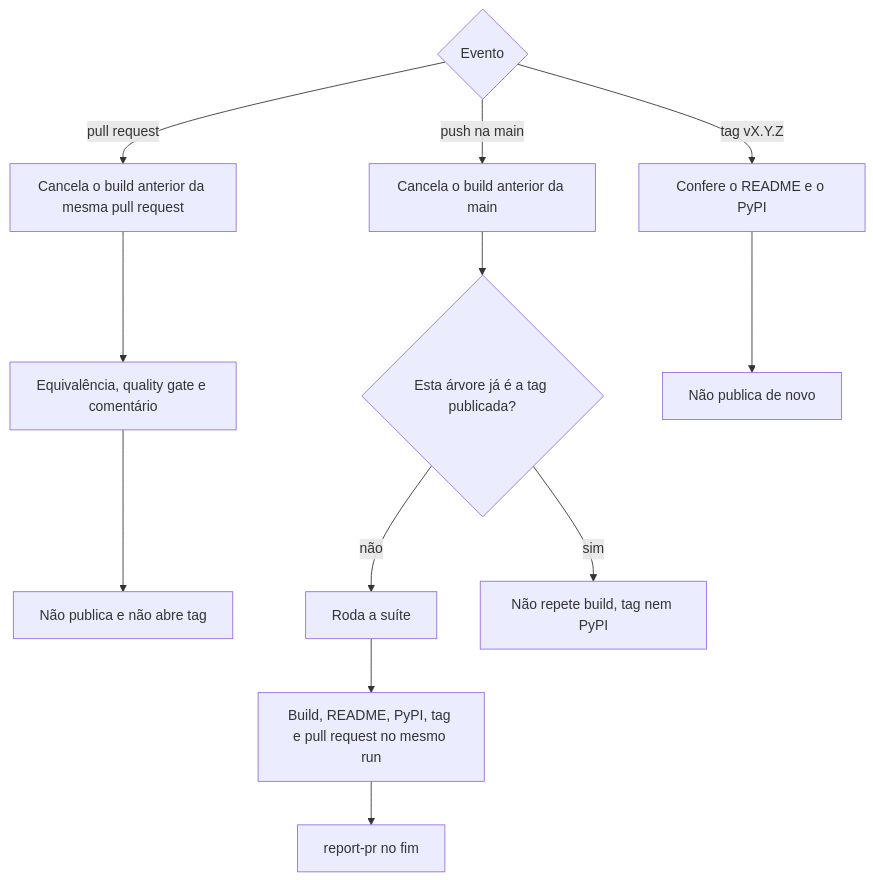
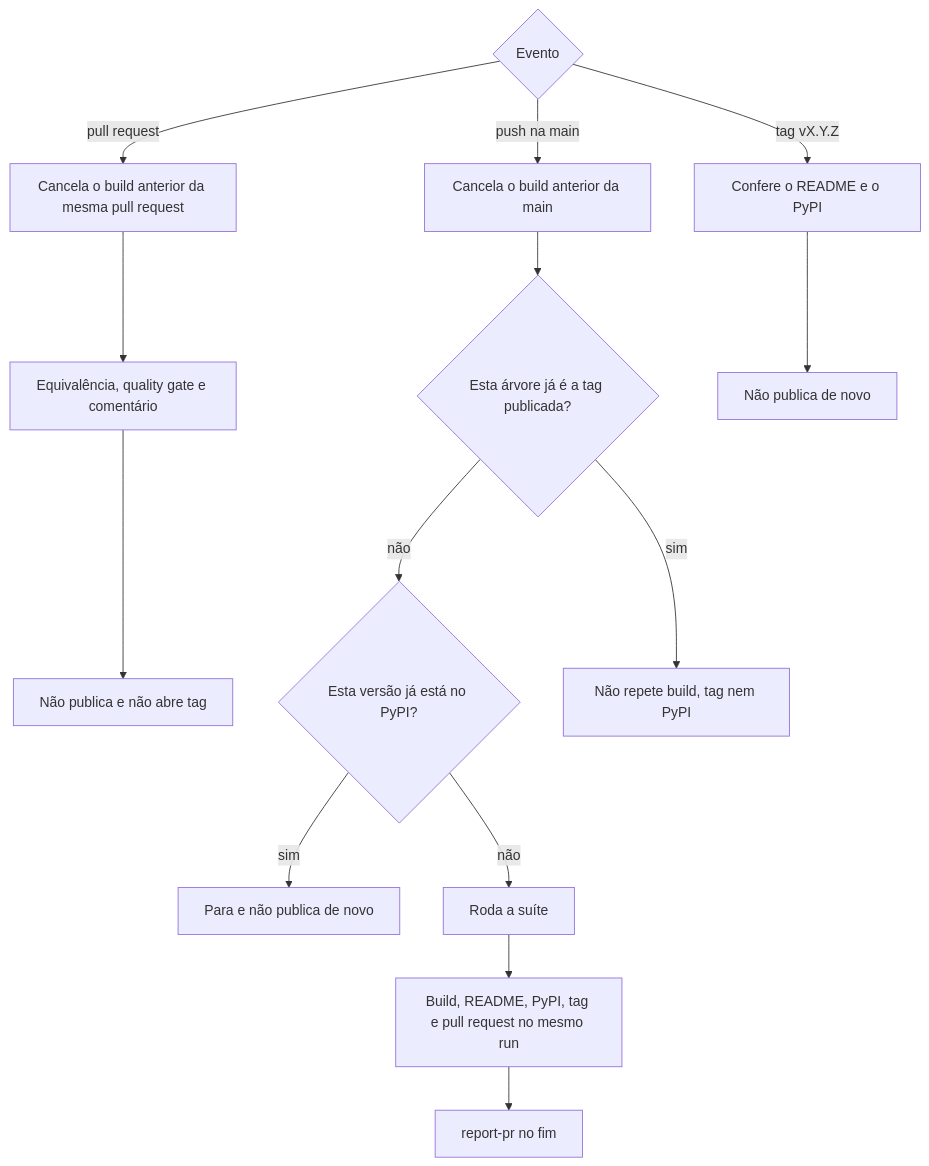
The third of 3 diagrams in docs/publicacao-flow.md (garusocruz/calculadora-rtc-simples-nacional), drawn with Mermaid before and after one commit. The commit also changed other lines of this file and 12 other files, not shown here.

First line of the commit message:
fix: a main publica 0.4.2 e não repete a 0.4.1 (#10)

````diff
--- a/docs/publicacao-flow.md
+++ b/docs/publicacao-flow.md
@@ -59,15 +61,17 @@
 ```mermaid
 flowchart TD
   evento{Evento}
   evento -->|pull request| cancelaPr[Cancela o build anterior da mesma pull request]
   cancelaPr --> ci[Equivalência, quality gate e comentário]
   ci --> fimPr[Não publica e não abre tag]
   evento -->|push na main| cancelaMain[Cancela o build anterior da main]
   cancelaMain --> qual{Esta árvore já é a tag publicada?}
-  qual -->|não| gates[Roda a suíte]
+  qual -->|não| jaPy{Esta versão já está no PyPI?}
+  jaPy -->|sim| recusa[Para e não publica de novo]
+  jaPy -->|não| gates[Roda a suíte]
   gates --> cadeia[Build, README, PyPI, tag e pull request no mesmo run]
   cadeia --> report[report-pr no fim]
   qual -->|sim| ocioso[Não repete build, tag nem PyPI]
   evento -->|tag vX.Y.Z| confere[Confere o README e o PyPI]
   confere --> semPublicar[Não publica de novo]
 ```
````
